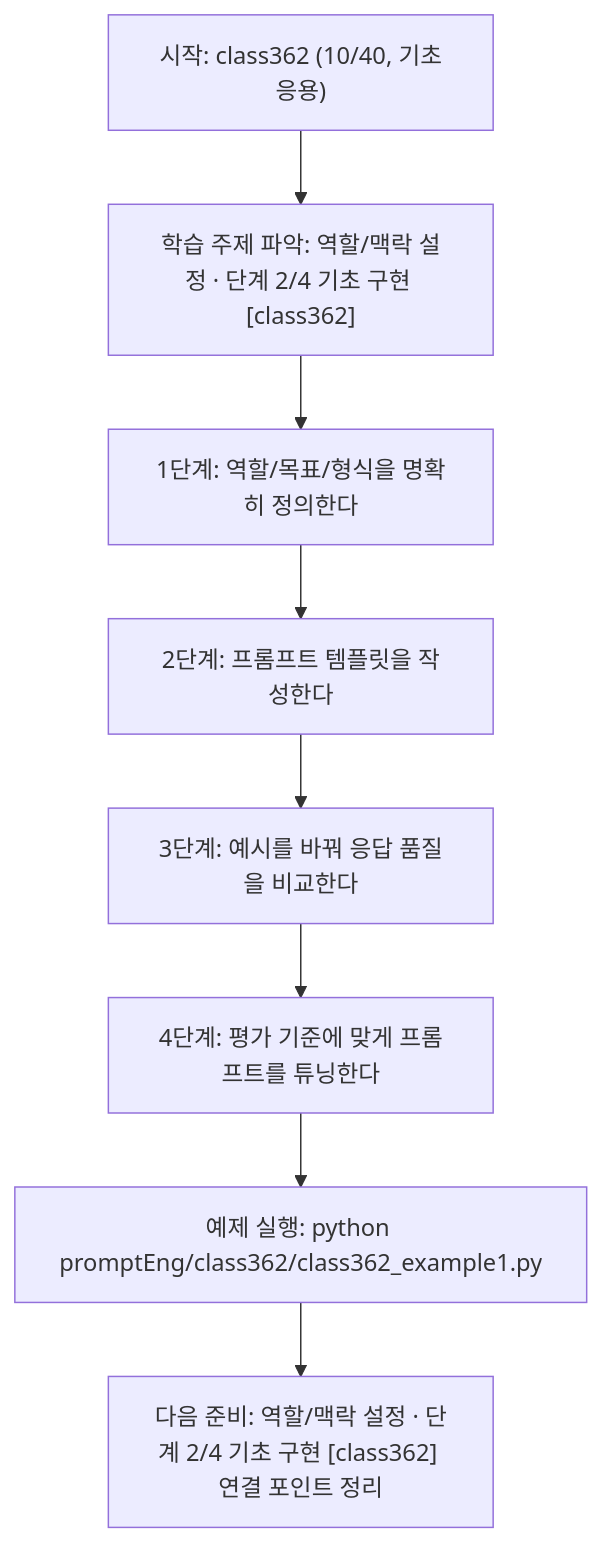
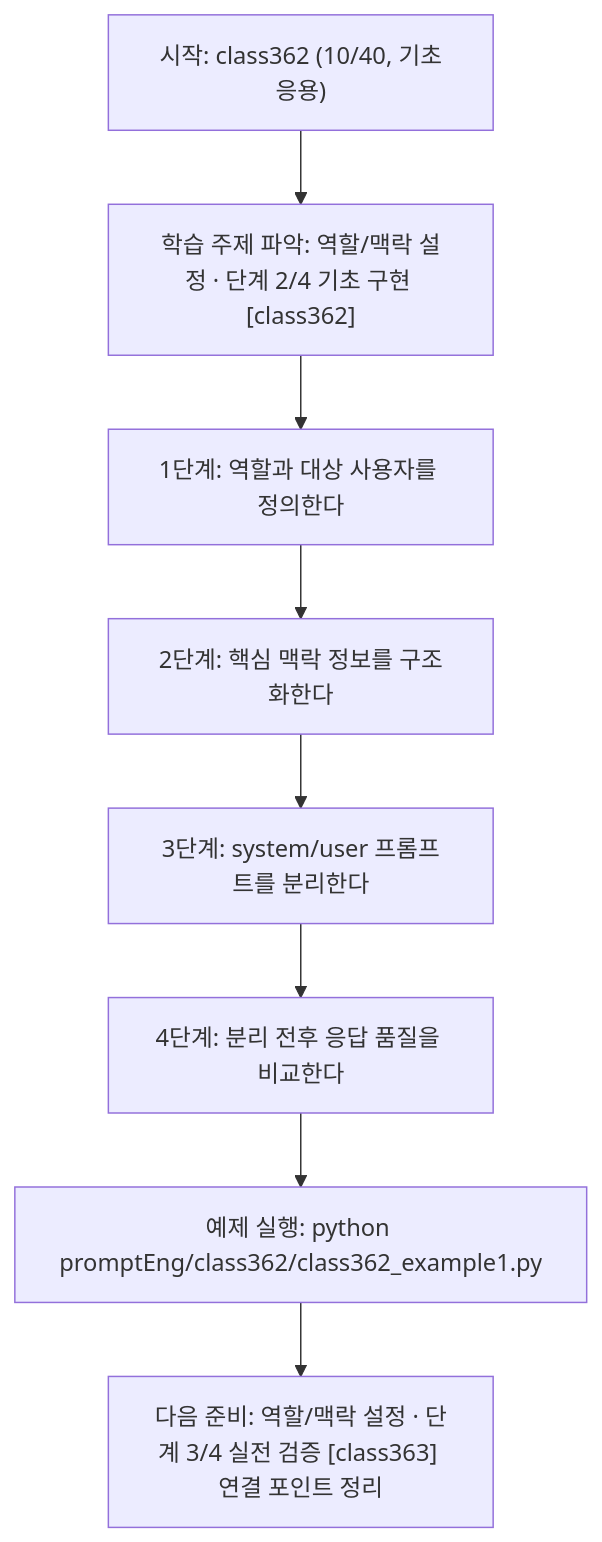
The diagram in promptEng/class362/class362.md (edumgt/Python-AI_Agent-Class), drawn with Mermaid before and after one commit. The commit also changed other lines of this file and 283 other files, not shown here.

````diff
--- a/promptEng/class362/class362.md
+++ b/promptEng/class362/class362.md
@@ -110,18 +91,18 @@
 ```mermaid
 flowchart TD
 N1["시작: class362 (10/40, 기초응용)"]
 N2["학습 주제 파악: 역할/맥락 설정 · 단계 2/4 기초 구현 [class362]"]
-N3["1단계: 역할/목표/형식을 명확히 정의한다"]
-N4["2단계: 프롬프트 템플릿을 작성한다"]
-N5["3단계: 예시를 바꿔 응답 품질을 비교한다"]
-N6["4단계: 평가 기준에 맞게 프롬프트를 튜닝한다"]
+N3["1단계: 역할과 대상 사용자를 정의한다"]
+N4["2단계: 핵심 맥락 정보를 구조화한다"]
+N5["3단계: system/user 프롬프트를 분리한다"]
+N6["4단계: 분리 전후 응답 품질을 비교한다"]
 N7["예제 실행: python promptEng/class362/class362_example1.py"]
-N8["다음 준비: 역할/맥락 설정 · 단계 2/4 기초 구현 [class362] 연결 포인트 정리"]
+N8["다음 준비: 역할/맥락 설정 · 단계 3/4 실전 검증 [class363] 연결 포인트 정리"]
 N1 --> N2
 N2 --> N3
 N3 --> N4
 N4 --> N5
 N5 --> N6
 N6 --> N7
 N7 --> N8
 ```
````
